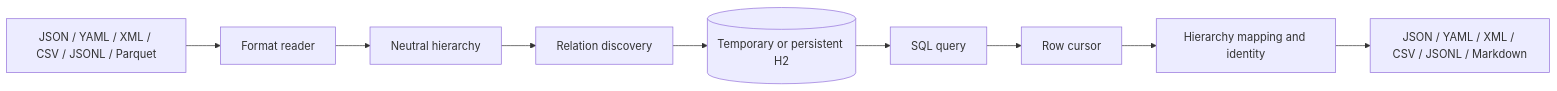
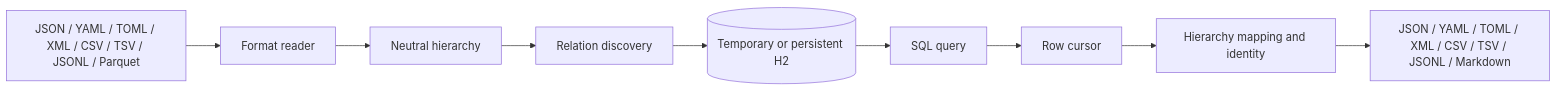
Before and after one commit to blater/nq: the second of 3 diagrams in docs/how-nq-works.md, drawn with Mermaid. The commit also changed other lines of this file and 37 other files, not shown here.

Commit message:
feat: add TOML and TSV input/output support

````diff
--- a/docs/how-nq-works.md
+++ b/docs/how-nq-works.md
@@ -21,11 +21,11 @@
 ```mermaid
 flowchart LR
-    A[JSON / YAML / XML / CSV / JSONL / Parquet] --> B[Format reader]
+    A[JSON / YAML / TOML / XML / CSV / TSV / JSONL / Parquet] --> B[Format reader]
     B --> C[Neutral hierarchy]
     C --> D[Relation discovery]
     D --> E[(Temporary or persistent H2)]
     E --> F[SQL query]
     F --> G[Row cursor]
     G --> H[Hierarchy mapping and identity]
-    H --> I[JSON / YAML / XML / CSV / JSONL / Markdown]
+    H --> I[JSON / YAML / TOML / XML / CSV / TSV / JSONL / Markdown]
 ```
````
